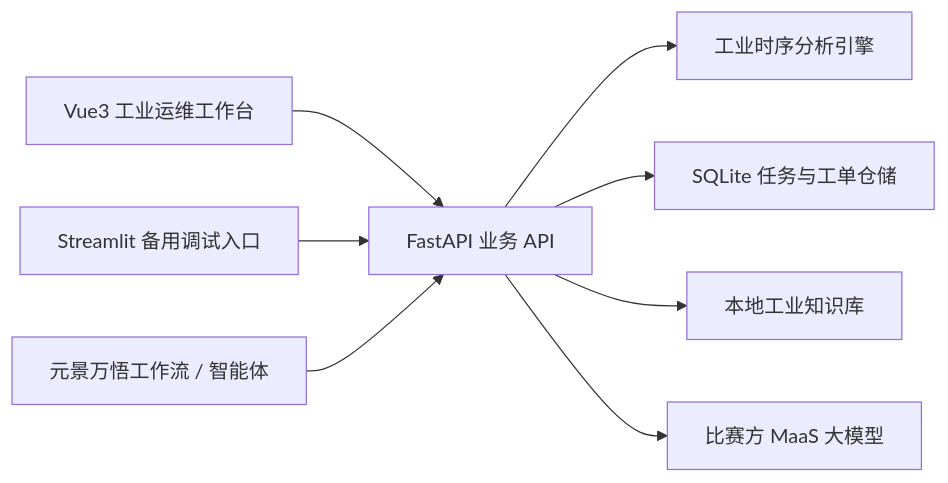
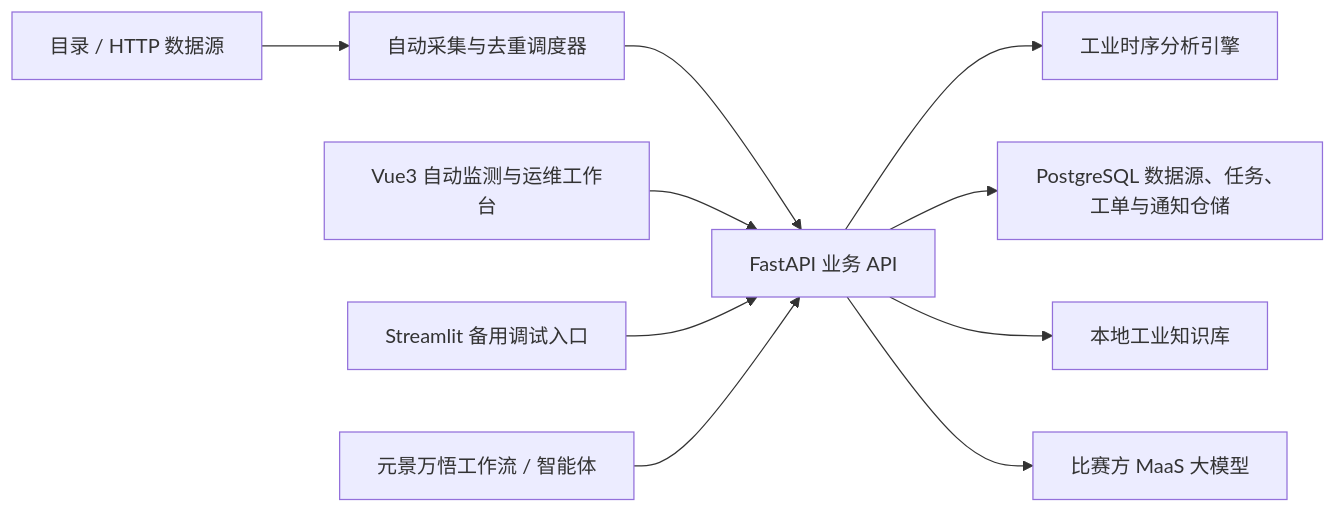
The diagram in README.md (zerongzheng/shicha_qianji_agent), drawn with Mermaid before and after one commit. The commit also changed other lines of this file and 26 other files, not shown here.

````diff
--- a/README.md
+++ b/README.md
@@ -53,10 +58,12 @@
 ```mermaid
 flowchart LR
-    A["Vue3 工业运维工作台"] --> B["FastAPI 业务 API"]
+    I["目录 / HTTP 数据源"] --> M["自动采集与去重调度器"]
+    M --> B["FastAPI 业务 API"]
+    A["Vue3 自动监测与运维工作台"] --> B
     S["Streamlit 备用调试入口"] --> B
     W["元景万悟工作流 / 智能体"] --> B
     B --> C["工业时序分析引擎"]
-    B --> D["SQLite 任务与工单仓储"]
+    B --> D["PostgreSQL 数据源、任务、工单与通知仓储"]
     B --> E["本地工业知识库"]
     B --> F["比赛方 MaaS 大模型"]
 ```
````
